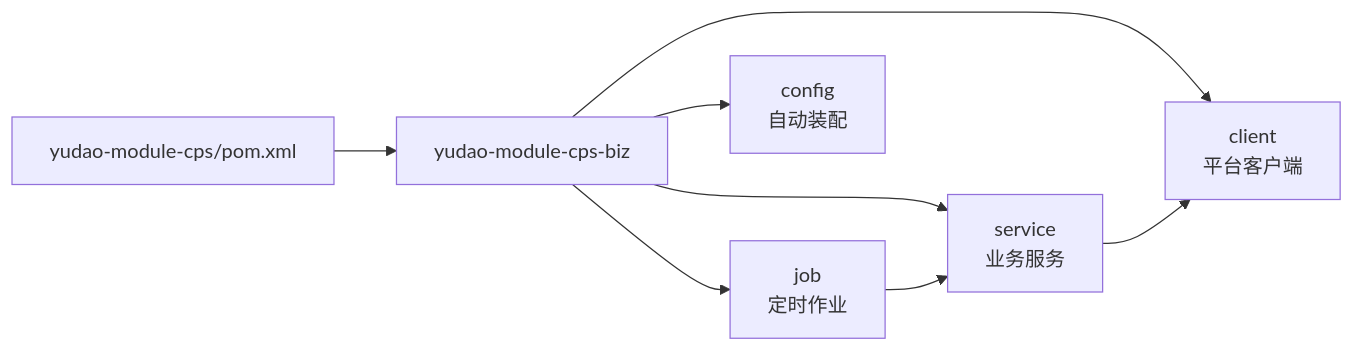
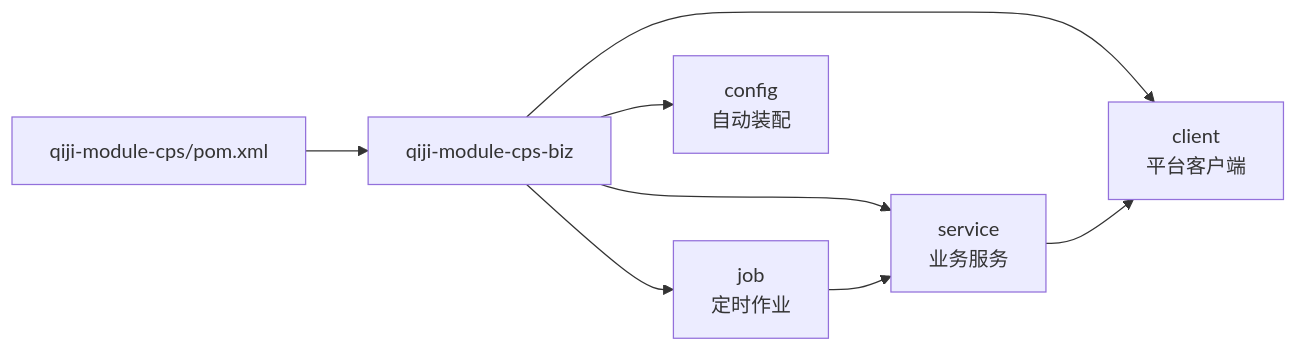
One commit to zhuangpengLI/AgenticCPS changed the eighth of 8 diagrams in backend/.qoder/repowiki/zh/content/核心业务模块/CPS联盟返利模块/商品搜索与比价.md. Above: the diagram before and after it, drawn with Mermaid. The commit also changed other lines of this file and 3489 other files, not shown here.

````diff
--- a/backend/.qoder/repowiki/zh/content/核心业务模块/CPS联盟返利模块/商品搜索与比价.md
+++ b/backend/.qoder/repowiki/zh/content/核心业务模块/CPS联盟返利模块/商品搜索与比价.md
@@ -356,10 +356,10 @@
 ```mermaid
 graph LR
-P["yudao-module-cps/pom.xml"] --> B["yudao-module-cps-biz"]
+P["qiji-module-cps/pom.xml"] --> B["qiji-module-cps-biz"]
 B --> CL["client<br/>平台客户端"]
 B --> SV["service<br/>业务服务"]
 B --> JO["job<br/>定时作业"]
 B --> CF["config<br/>自动装配"]
 SV --> CL
 JO --> SV
 ```
````
